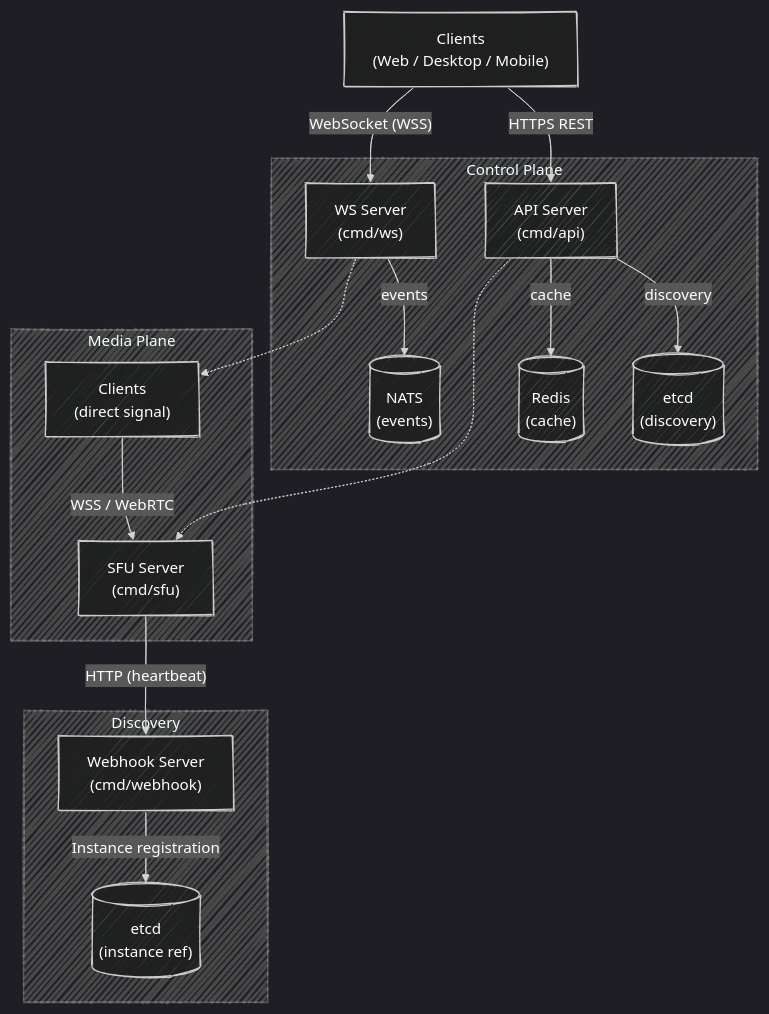
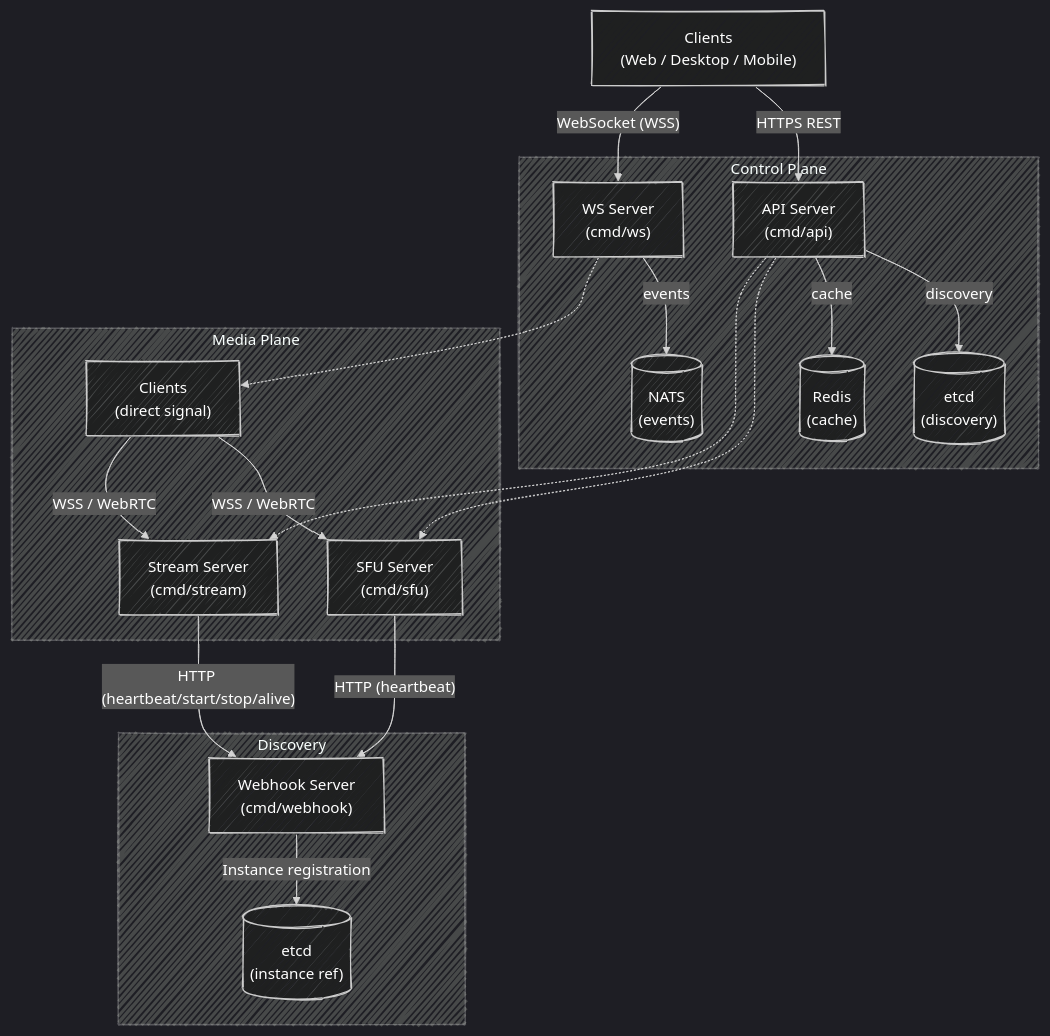
The diagram in docs/project/voice/SystemArchitecture.md (FlameInTheDark/gochat), drawn with Mermaid before and after one commit. The commit also changed other lines of this file and 12 other files, not shown here.

````diff
--- a/docs/project/voice/SystemArchitecture.md
+++ b/docs/project/voice/SystemArchitecture.md
@@ -9,59 +9,64 @@
 ```mermaid
 ---
 config:
   look: handDrawn
   theme: dark
   themeVariables:
     textColor: "#ffffff"
     primaryTextColor: "#ffffff"
     actorTextColor: "#ffffff"
     signalTextColor: "#ffffff"
     noteTextColor: "#ffffff"
 ---
 flowchart TD
     %% Define Nodes
     Users["Clients\n(Web / Desktop / Mobile)"]
     API["API Server\n(cmd/api)"]
     WS["WS Server\n(cmd/ws)"]
     SFU["SFU Server\n(cmd/sfu)"]
+    Stream["Stream Server\n(cmd/stream)"]
     Clients["Clients\n(direct signal)"]
     Webhook["Webhook Server\n(cmd/webhook)"]
     Etcd[("etcd\n(discovery)")]
     Redis[("Redis\n(cache)")]
     NATS[("NATS\n(events)")]
     EtcdReg[("etcd\n(instance ref)")]
 
     %% Connections
     Users -- "HTTPS REST" --> API
     Users -- "WebSocket (WSS)" --> WS
     
     API -- "discovery" --> Etcd
     API -- "cache" --> Redis
     WS -- "events" --> NATS
     
     API -.-> SFU
+    API -.-> Stream
     WS -.-> Clients
     
     Clients -- "WSS / WebRTC" --> SFU
+    Clients -- "WSS / WebRTC" --> Stream
     SFU -- "HTTP (heartbeat)" --> Webhook
+    Stream -- "HTTP (heartbeat/start/stop/alive)" --> Webhook
     Webhook -- "Instance registration" --> EtcdReg
 
     %% Subgraphs for visual grouping
     subgraph Control Plane
         API
         WS
         Etcd
         Redis
         NATS
     end
 
     subgraph Media Plane
         SFU
+        Stream
         Clients
     end
 
     subgraph Discovery
         Webhook
         EtcdReg
     end
 ```
````
